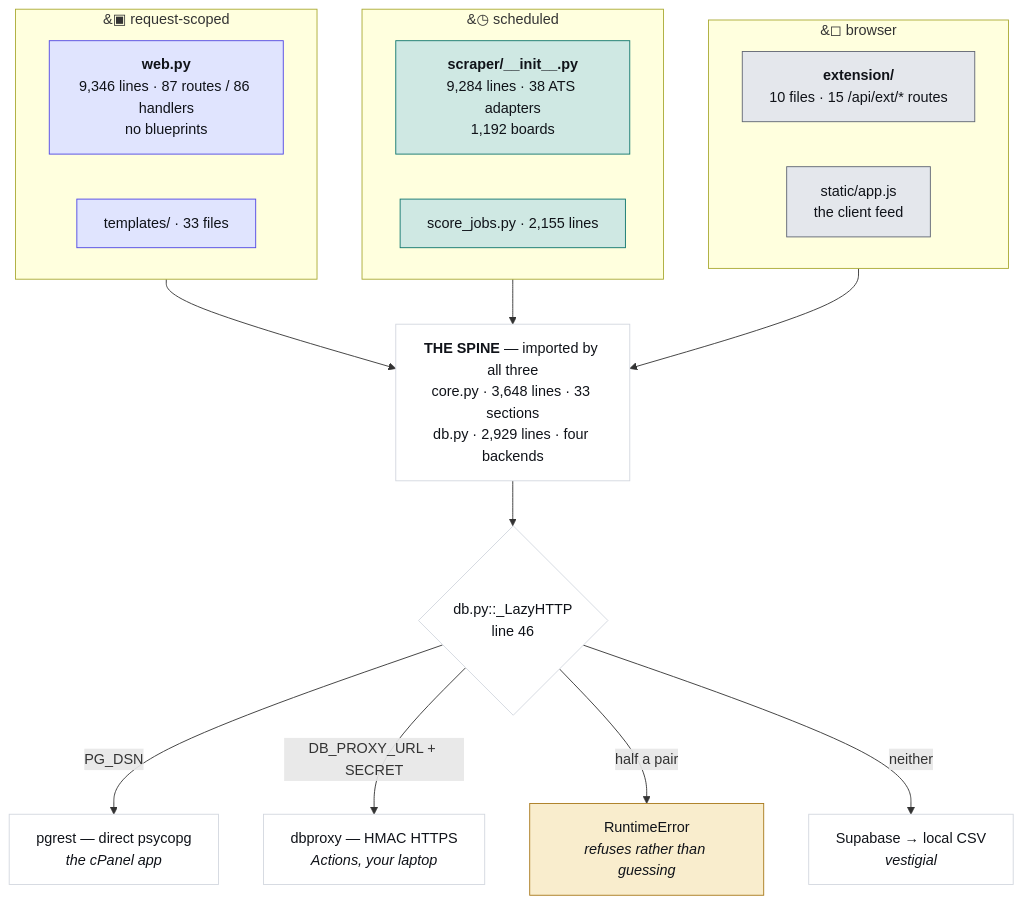
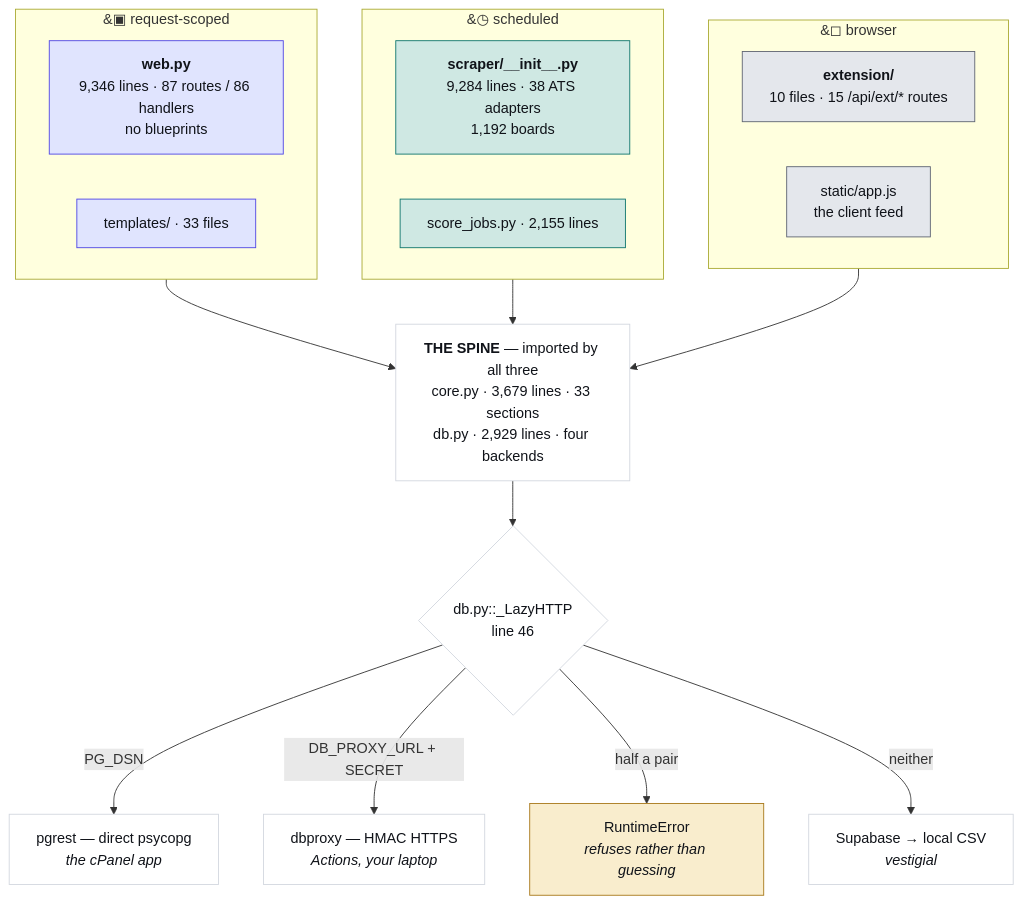
The first of 4 diagrams in JobMatch Scraper/docs/ARCHITECTURE.md (hadakunal909-debug/job-search-tool), drawn with Mermaid before and after one commit. The commit also changed other lines of this file and 7 other files, not shown here.

````diff
--- a/JobMatch Scraper/docs/ARCHITECTURE.md
+++ b/JobMatch Scraper/docs/ARCHITECTURE.md
@@ -45,34 +45,34 @@
 ```mermaid
 flowchart TB
   subgraph REQ["&#9635; request-scoped"]
     W["<b>web.py</b><br/>9,346 lines · 87 routes / 86 handlers<br/>no blueprints"]
     T["templates/ · 33 files"]
   end
   subgraph SCH["&#9719; scheduled"]
     S["<b>scraper/__init__.py</b><br/>9,284 lines · 38 ATS adapters<br/>1,192 boards"]
     J["score_jobs.py · 2,155 lines"]
   end
   subgraph CLI["&#9723; browser"]
     E["<b>extension/</b><br/>10 files · 15 /api/ext/* routes"]
     A["static/app.js<br/>the client feed"]
   end
-  SPINE["<b>THE SPINE</b> — imported by all three<br/>core.py · 3,648 lines · 33 sections<br/>db.py · 2,929 lines · four backends"]
+  SPINE["<b>THE SPINE</b> — imported by all three<br/>core.py · 3,679 lines · 33 sections<br/>db.py · 2,929 lines · four backends"]
   REQ --> SPINE
   SCH --> SPINE
   CLI --> SPINE
   SPINE --> D{"db.py::_LazyHTTP<br/>line 46"}
   D -->|"PG_DSN"| P["pgrest — direct psycopg<br/><i>the cPanel app</i>"]
   D -->|"DB_PROXY_URL + SECRET"| X["dbproxy — HMAC HTTPS<br/><i>Actions, your laptop</i>"]
   D -->|"half a pair"| R["RuntimeError<br/><i>refuses rather than guessing</i>"]
   D -->|"neither"| V["Supabase → local CSV<br/><i>vestigial</i>"]
   classDef web fill:#e0e4fe,stroke:#4f46e5,color:#101319
   classDef sched fill:#cfe8e3,stroke:#0f766e,color:#101319
   classDef client fill:#e4e7ec,stroke:#5f6573,color:#101319
   classDef trap fill:#f9edcd,stroke:#a8781a,color:#101319
   classDef plain fill:#ffffff,stroke:#d3d7df,color:#101319
   class W,T web
   class S,J sched
   class E,A client
   class R trap
   class SPINE,D,P,X,V plain
 ```
````
